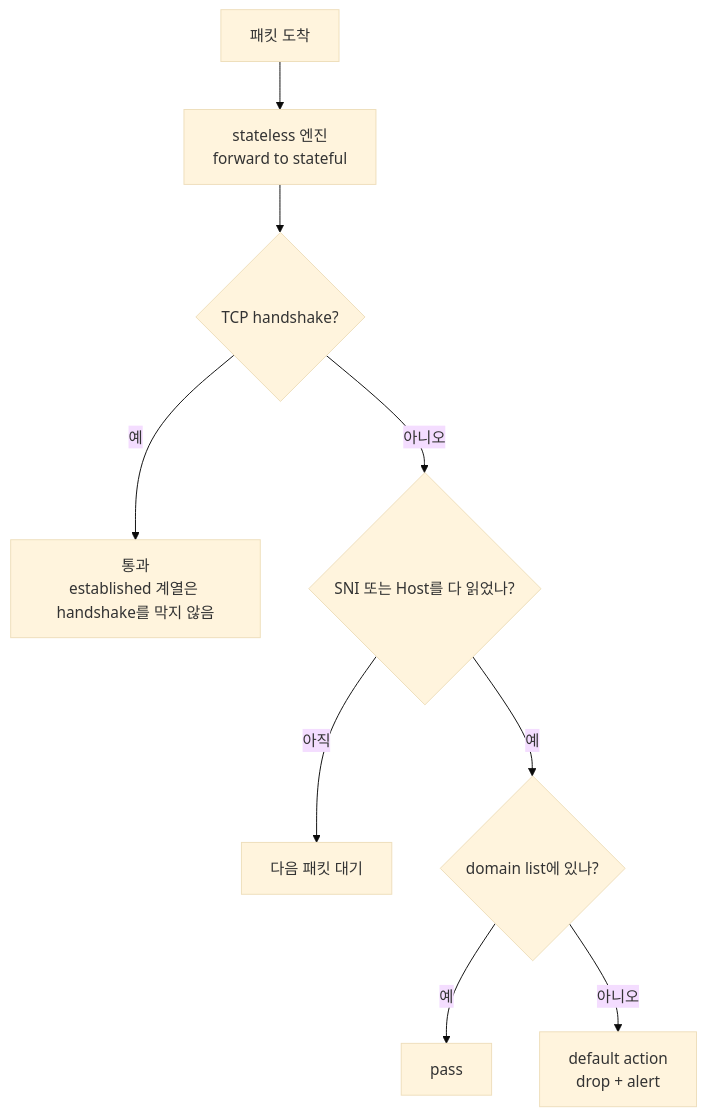
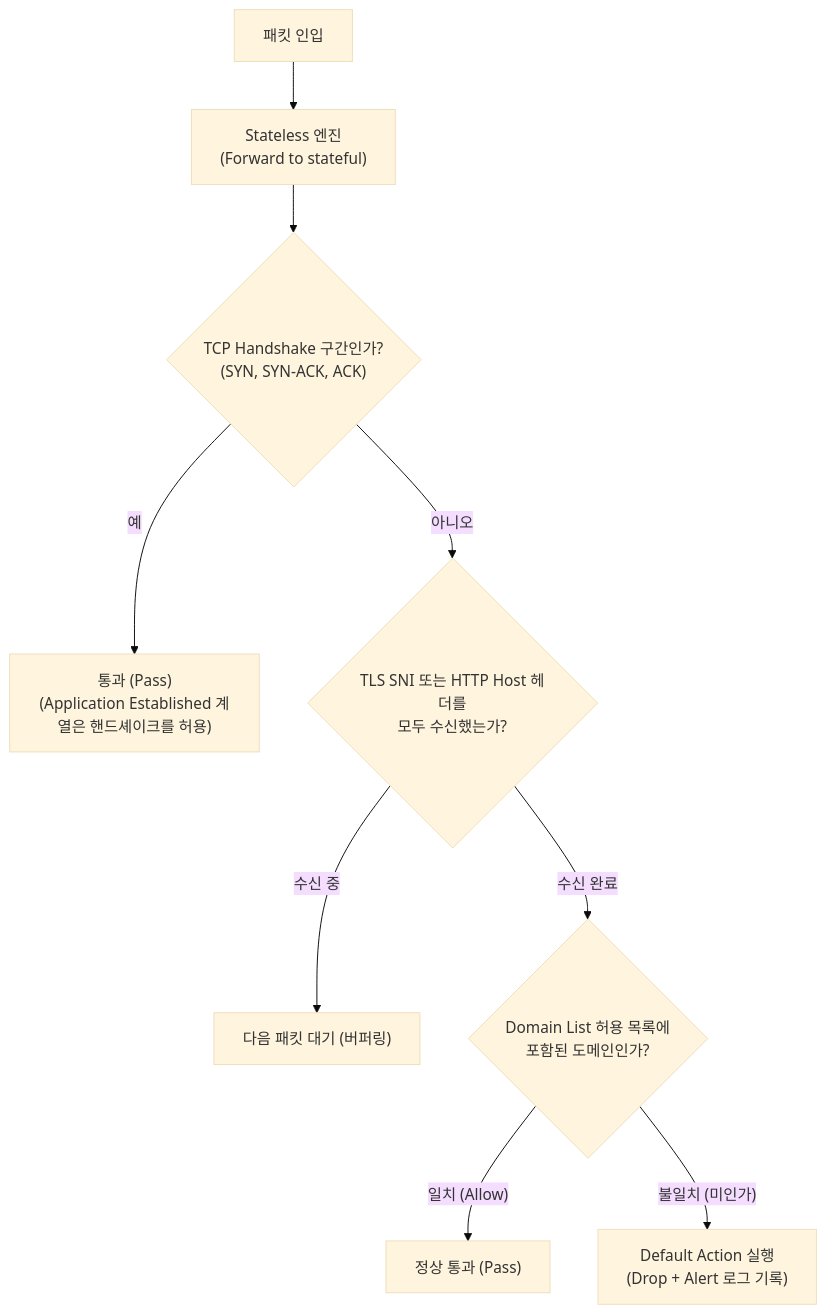
The diagram in aws/network-firewall/egress-filtering/docs/3-domain-allowlist.md (choisungwook/portfolio), drawn with Mermaid (base theme) before and after one commit. The commit also changed other lines of this file and 9 other files, not shown here.

````diff
--- a/aws/network-firewall/egress-filtering/docs/3-domain-allowlist.md
+++ b/aws/network-firewall/egress-filtering/docs/3-domain-allowlist.md
@@ -71,11 +29,11 @@
 ```mermaid
 flowchart TD
-  P["패킷 도착"] --> SL["stateless 엔진<br/>forward to stateful"]
-  SL --> HS{"TCP handshake?"}
-  HS -- "예" --> PASS1["통과<br/>established 계열은 handshake를 막지 않음"]
-  HS -- "아니오" --> APP{"SNI 또는 Host를 다 읽었나?"}
-  APP -- "아직" --> WAIT["다음 패킷 대기"]
-  APP -- "예" --> RG{"domain list에 있나?"}
-  RG -- "예" --> PASS2["pass"]
-  RG -- "아니오" --> DA["default action<br/>drop + alert"]
+  P["패킷 인입"] --> SL["Stateless 엔진<br/>(Forward to stateful)"]
+  SL --> HS{"TCP Handshake 구간인가?<br/>(SYN, SYN-ACK, ACK)"}
+  HS -- "예" --> PASS1["통과 (Pass)<br/>(Application Established 계열은 핸드셰이크를 허용)"]
+  HS -- "아니오" --> APP{"TLS SNI 또는 HTTP Host 헤더를<br/>모두 수신했는가?"}
+  APP -- "수신 중" --> WAIT["다음 패킷 대기 (버퍼링)"]
+  APP -- "수신 완료" --> RG{"Domain List 허용 목록에<br/>포함된 도메인인가?"}
+  RG -- "일치 (Allow)" --> PASS2["정상 통과 (Pass)"]
+  RG -- "불일치 (미인가)" --> DA["Default Action 실행<br/>(Drop + Alert 로그 기록)"]
 ```
````
